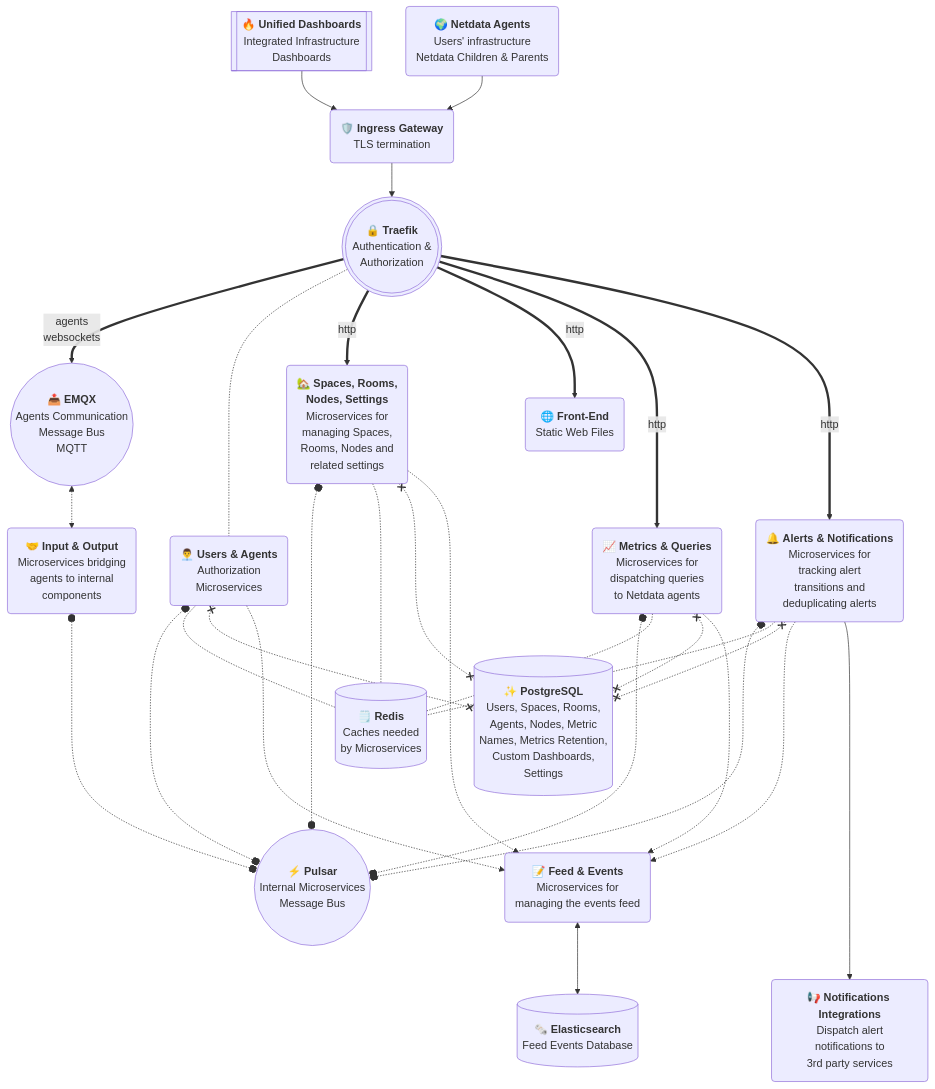
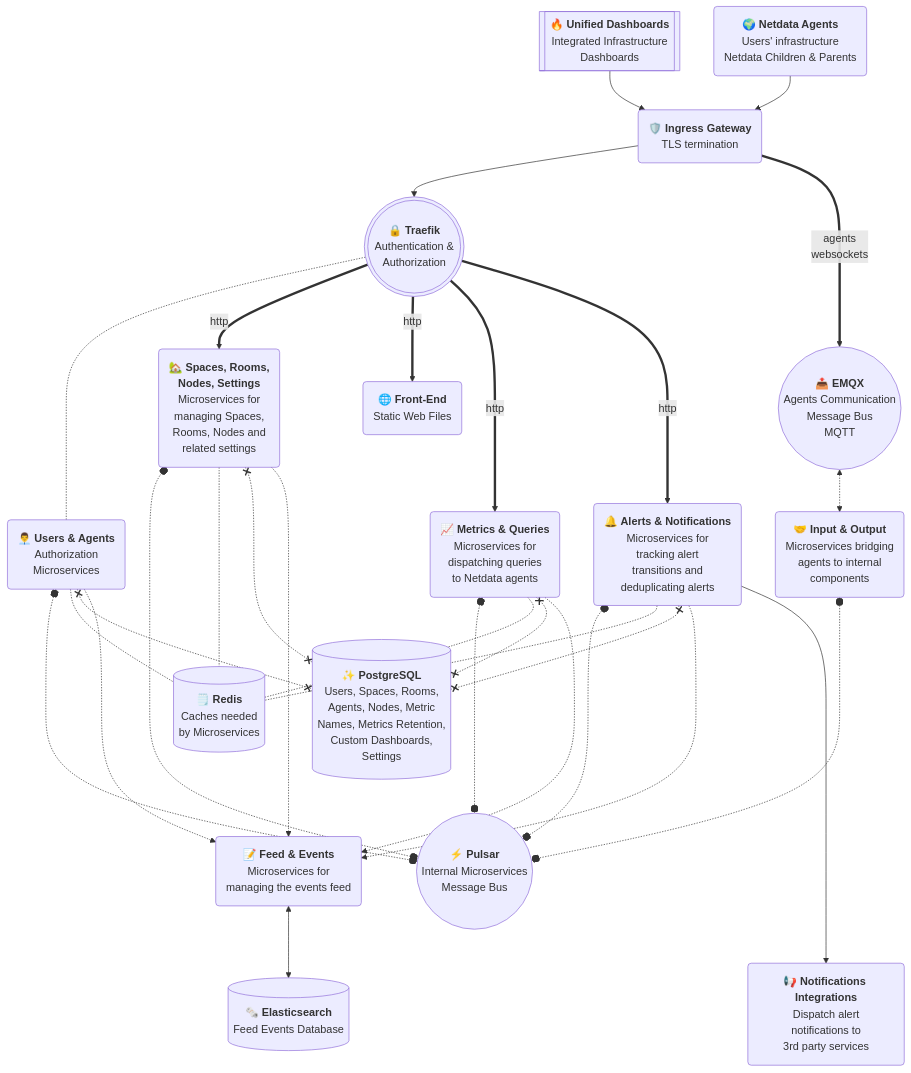
One commit to Bvegas882/netdata changed the diagram in docs/netdata-cloud/netdata-cloud-on-prem/README.md. Above: the diagram before and after it, drawn with Mermaid.

Commit message:
update flowchart cloud-onprem (#17227)

````diff
--- a/docs/netdata-cloud/netdata-cloud-on-prem/README.md
+++ b/docs/netdata-cloud/netdata-cloud-on-prem/README.md
@@ -7,49 +7,49 @@
 ```mermaid
 flowchart TD
     agents("🌍 <b>Netdata Agents</b><br/>Users' infrastructure<br/>Netdata Children & Parents")
     users[["🔥 <b>Unified Dashboards</b><br/>Integrated Infrastructure<br/>Dashboards"]]
     ingress("🛡️ <b>Ingress Gateway</b><br/>TLS termination")
     traefik((("🔒 <b>Traefik</b><br/>Authentication &<br/>Authorization")))
     emqx(("📤 <b>EMQX</b><br/>Agents Communication<br/>Message Bus<br/>MQTT"))
     pulsar(("⚡ <b>Pulsar</b><br/>Internal Microservices<br/>Message Bus"))
     frontend("🌐 <b>Front-End</b><br/>Static Web Files")
     auth("👨‍💼 <b>Users &amp; Agents</b><br/>Authorization<br/>Microservices")
     spaceroom("🏡 <b>Spaces, Rooms,<br/>Nodes, Settings</b><br/>Microservices for<br/>managing Spaces,<br/>Rooms, Nodes and<br/>related settings")
     charts("📈 <b>Metrics & Queries</b><br/>Microservices for<br/>dispatching queries<br/>to Netdata agents")
     alerts("🔔 <b>Alerts & Notifications</b><br/>Microservices for<br/>tracking alert<br/>transitions and<br/>deduplicating alerts")
     sql[("✨ <b>PostgreSQL</b><br/>Users, Spaces, Rooms,<br/>Agents, Nodes, Metric<br/>Names, Metrics Retention,<br/>Custom Dashboards,<br/>Settings")]
     redis[("🗒️ <b>Redis</b><br/>Caches needed<br/>by Microservices")]
     elk[("🗞️ <b>Elasticsearch</b><br/>Feed Events Database")]
     bridges("🤝 <b>Input & Output</b><br/>Microservices bridging<br/>agents to internal<br/>components")
     notifications("📢 <b>Notifications Integrations</b><br/>Dispatch alert<br/>notifications to<br/>3rd party services")
     feed("📝 <b>Feed & Events</b><br/>Microservices for<br/>managing the events feed")
     users --> ingress
     agents --> ingress
     ingress --> traefik
-    traefik ==>|agents<br/>websockets| emqx
+    ingress ==>|agents<br/>websockets| emqx
     traefik -.- auth
     traefik ==>|http| spaceroom
     traefik ==>|http| frontend
     traefik ==>|http| charts
     traefik ==>|http| alerts
     spaceroom o-...-o pulsar
     spaceroom -.- redis
     spaceroom x-..-x sql
     spaceroom -.-> feed
     charts o-.-o pulsar
     charts -.- redis
     charts x-.-x sql
     charts -..-> feed
     alerts o-.-o pulsar
     alerts -.- redis
     alerts x-.-x sql
     alerts -..-> feed
     auth o-.-o pulsar
     auth -.- redis
     auth x-.-x sql
     auth -.-> feed
     feed <--> elk
     alerts ----> notifications
     %% auth ~~~ spaceroom
     emqx <.-> bridges o-..-o pulsar
 ```
````
